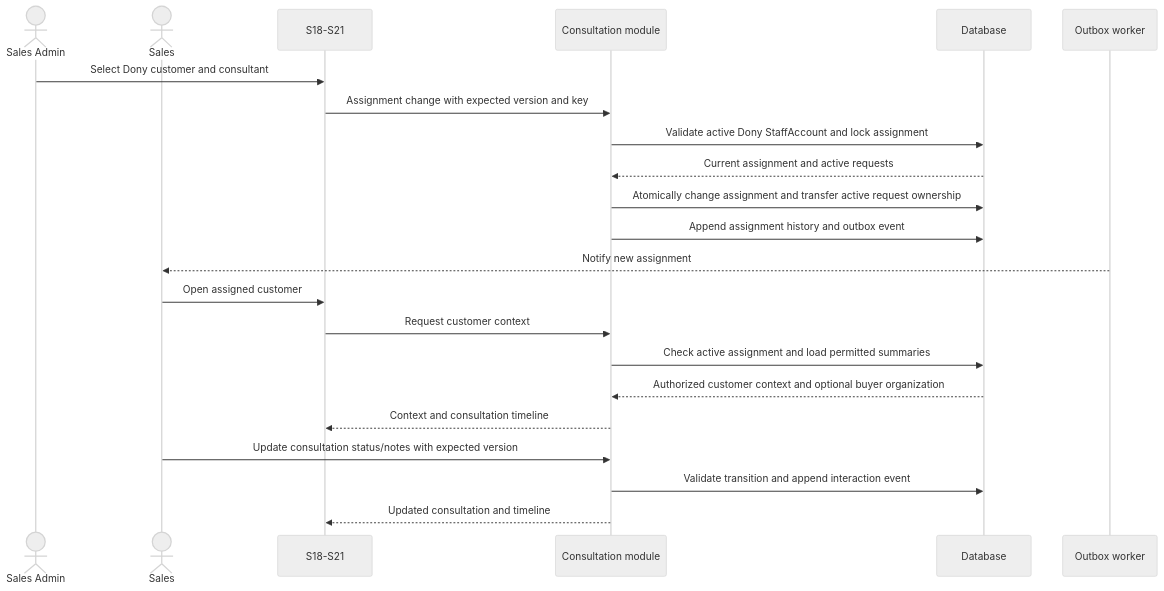
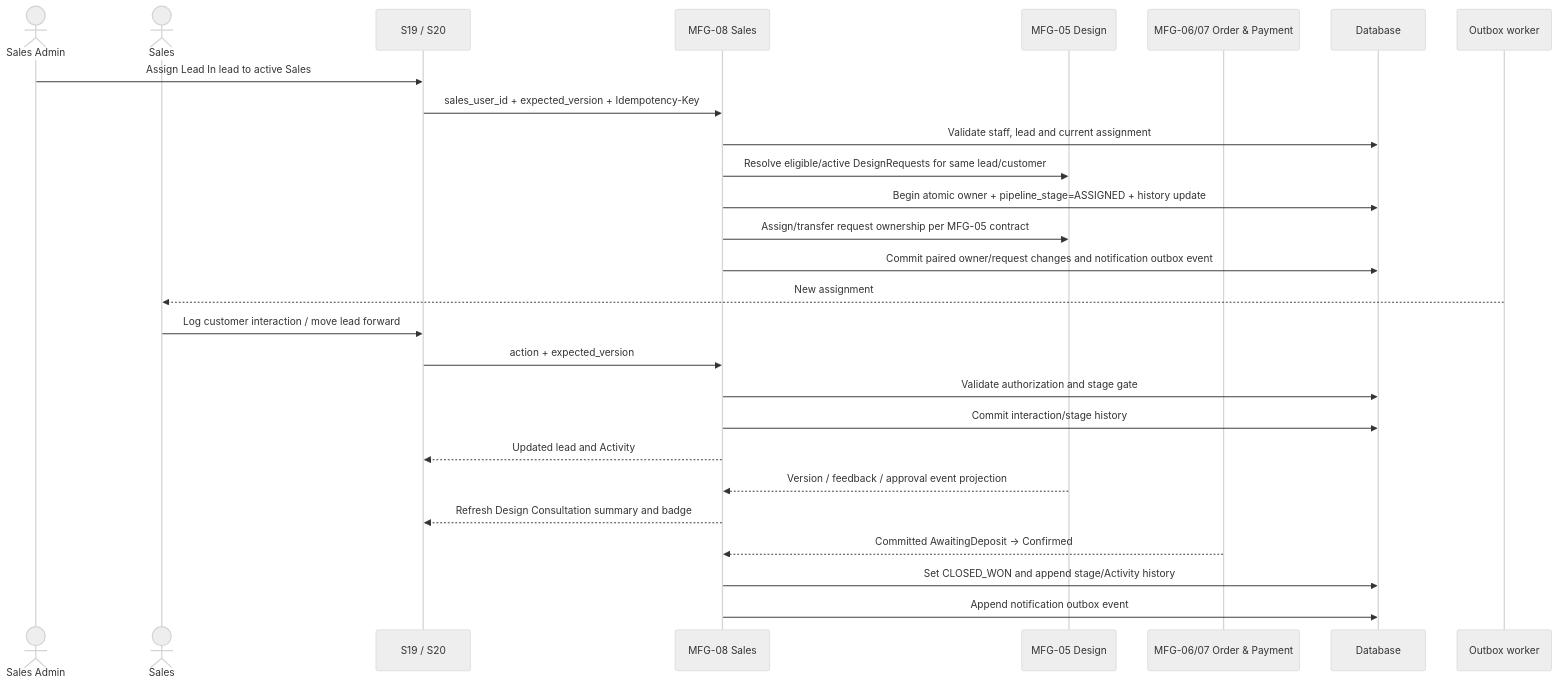
Before and after one commit to ankhanhwork/weavelink-project: diagram 13 of 18 in docs/spec/docs/architecture/sequence.md, drawn with Mermaid (neutral theme). The commit also changed other lines of this file and 25 other files, not shown here.

````diff
--- a/docs/spec/docs/architecture/sequence.md
+++ b/docs/spec/docs/architecture/sequence.md
@@ -347,24 +347,33 @@
 ```mermaid
 sequenceDiagram
-    actor CompanyAdmin as Sales Admin
-    actor Consultant as Sales
-    participant ConsultationUI as S18-S21
-    participant ConsultationModule as Consultation module
+    actor Admin as Sales Admin
+    actor Sales as Sales
+    participant PipelineUI as S19 / S20
+    participant SalesModule as MFG-08 Sales
+    participant DesignModule as MFG-05 Design
+    participant OrderModule as MFG-06/07 Order & Payment
     participant Database as Database
     participant OutboxWorker as Outbox worker
-    CompanyAdmin->>ConsultationUI: Select Dony customer and consultant
-    ConsultationUI->>ConsultationModule: Assignment change with expected version and key
-    ConsultationModule->>Database: Validate active Dony StaffAccount and lock assignment
-    Database-->>ConsultationModule: Current assignment and active requests
-    ConsultationModule->>Database: Atomically change assignment and transfer active request ownership
-    ConsultationModule->>Database: Append assignment history and outbox event
-    OutboxWorker-->>Consultant: Notify new assignment
-    Consultant->>ConsultationUI: Open assigned customer
-    ConsultationUI->>ConsultationModule: Request customer context
-    ConsultationModule->>Database: Check active assignment and load permitted summaries
-    Database-->>ConsultationModule: Authorized customer context and optional buyer organization
-    ConsultationModule-->>ConsultationUI: Context and consultation timeline
-    Consultant->>ConsultationModule: Update consultation status/notes with expected version
-    ConsultationModule->>Database: Validate transition and append interaction event
-    ConsultationModule-->>ConsultationUI: Updated consultation and timeline
+
+    Admin->>PipelineUI: Assign Lead In lead to active Sales
+    PipelineUI->>SalesModule: sales_user_id + expected_version + Idempotency-Key
+    SalesModule->>Database: Validate staff, lead and current assignment
+    SalesModule->>DesignModule: Resolve eligible/active DesignRequests for same lead/customer
+    SalesModule->>Database: Begin atomic owner + pipeline_stage=ASSIGNED + history update
+    SalesModule->>DesignModule: Assign/transfer request ownership per MFG-05 contract
+    SalesModule->>Database: Commit paired owner/request changes and notification outbox event
+    OutboxWorker-->>Sales: New assignment
+
+    Sales->>PipelineUI: Log customer interaction / move lead forward
+    PipelineUI->>SalesModule: action + expected_version
+    SalesModule->>Database: Validate authorization and stage gate
+    SalesModule->>Database: Commit interaction/stage history
+    SalesModule-->>PipelineUI: Updated lead and Activity
+
+    DesignModule-->>SalesModule: Version / feedback / approval event projection
+    SalesModule-->>PipelineUI: Refresh Design Consultation summary and badge
+
+    OrderModule-->>SalesModule: Committed AwaitingDeposit -> Confirmed
+    SalesModule->>Database: Set CLOSED_WON and append stage/Activity history
+    SalesModule->>Database: Append notification outbox event
 ```
````
